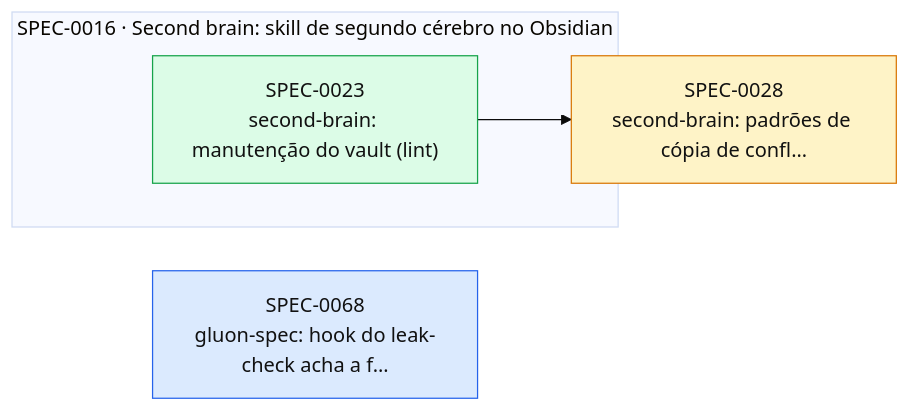
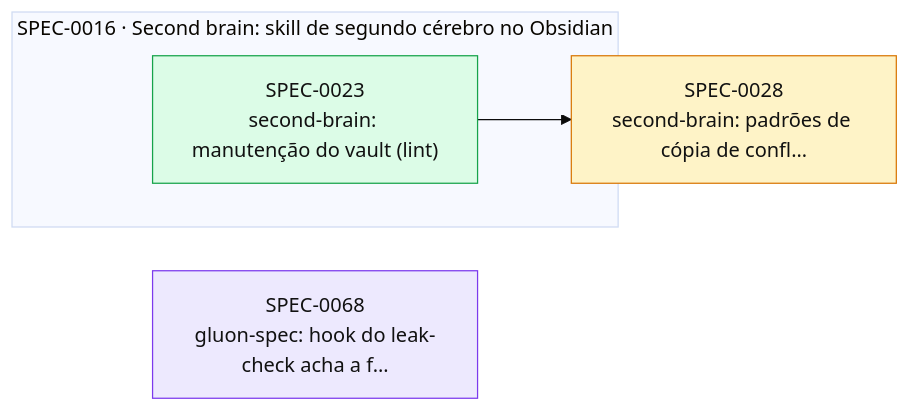
The diagram in docs/specs/INDEX.md (thomasravache/ai-dev-brain), drawn with Mermaid (base theme) before and after one commit. The commit also changed other lines of this file and 1 other file, not shown here.

First line of the commit message:
docs(specs): SPEC-0068 em andamento

````diff
--- a/docs/specs/INDEX.md
+++ b/docs/specs/INDEX.md
@@ -52,14 +52,14 @@
 ```mermaid
 flowchart LR
   S0028["SPEC-0028<br/>second-brain: padrões de cópia de confl…"]:::proposed
-  S0068["SPEC-0068<br/>gluon-spec: hook do leak-check acha a f…"]:::approved
+  S0068["SPEC-0068<br/>gluon-spec: hook do leak-check acha a f…"]:::inprogress
   subgraph E0016["SPEC-0016 · Second brain: skill de segundo cérebro no Obsidian"]
     S0023["SPEC-0023<br/>second-brain: manutenção do vault (lint)"]:::implemented
   end
   S0023 --> S0028
   classDef proposed fill:#fef3c7,stroke:#d97706,color:#111
   classDef approved fill:#dbeafe,stroke:#2563eb,color:#111
   classDef inprogress fill:#ede9fe,stroke:#7c3aed,color:#111
   classDef implemented fill:#dcfce7,stroke:#16a34a,color:#111
   classDef deprecated fill:#f3f4f6,stroke:#9ca3af,color:#6b7280
 ```
````
